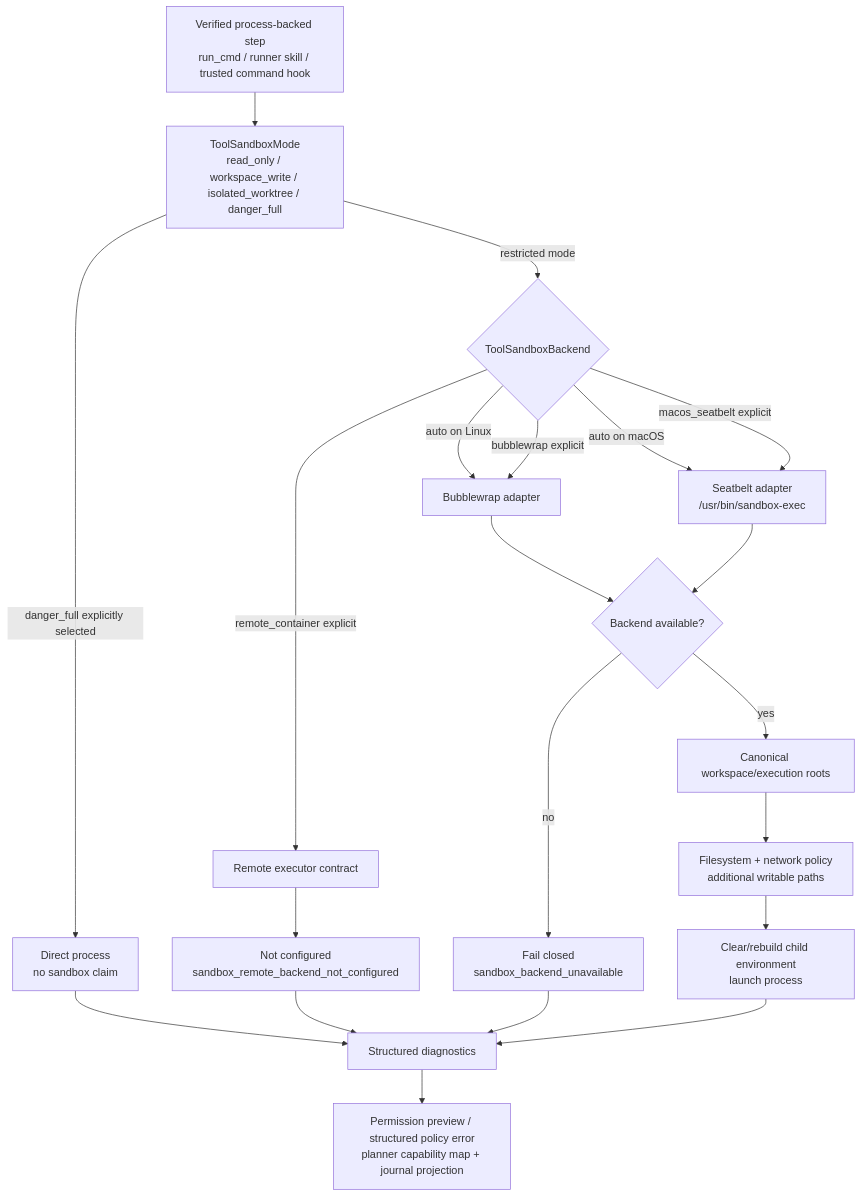
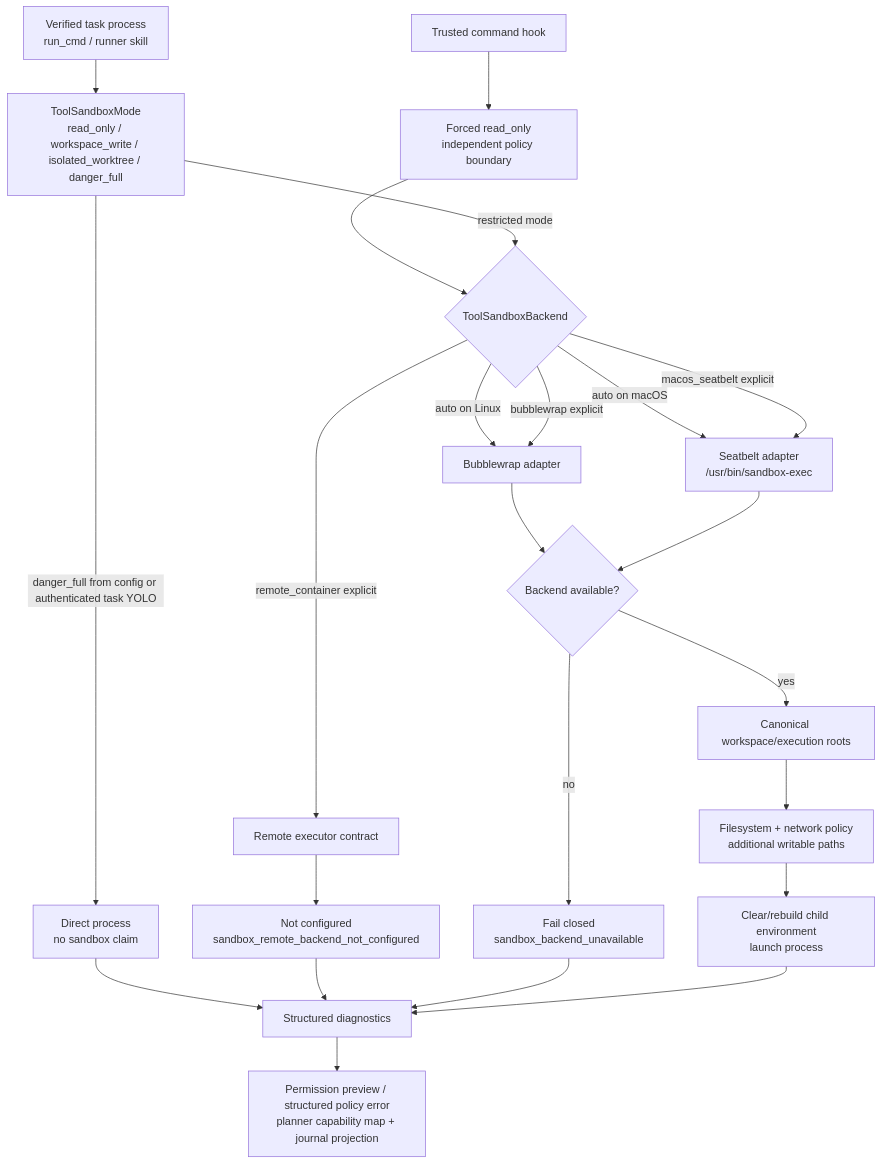
Before and after one commit to MatrixCoreX/RustClaw: the third of 18 diagrams in README.md, drawn with Mermaid. The commit also changed other lines of this file and 35 other files, not shown here.

Commit message:
feat: add authenticated yolo execution policy

````diff
--- a/README.md
+++ b/README.md
@@ -212,23 +214,25 @@
 ```mermaid
 flowchart TD
-    A[Verified process-backed step<br/>run_cmd / runner skill / trusted command hook] --> B[ToolSandboxMode<br/>read_only / workspace_write / isolated_worktree / danger_full]
-    B -->|danger_full explicitly selected| C[Direct process<br/>no sandbox claim]
+    A[Verified task process<br/>run_cmd / runner skill] --> B[ToolSandboxMode<br/>read_only / workspace_write / isolated_worktree / danger_full]
+    AH[Trusted command hook] --> AR[Forced read_only<br/>independent policy boundary]
+    AR --> D
+    B -->|danger_full from config or authenticated task YOLO| C[Direct process<br/>no sandbox claim]
     B -->|restricted mode| D{ToolSandboxBackend}
     D -->|auto on Linux| E[Bubblewrap adapter]
     D -->|auto on macOS| F[Seatbelt adapter<br/>/usr/bin/sandbox-exec]
     D -->|bubblewrap explicit| E
     D -->|macos_seatbelt explicit| F
     D -->|remote_container explicit| G[Remote executor contract]
     E --> H{Backend available?}
     F --> H
     G --> I[Not configured<br/>sandbox_remote_backend_not_configured]
     H -->|no| J[Fail closed<br/>sandbox_backend_unavailable]
     H -->|yes| K[Canonical workspace/execution roots]
     K --> L[Filesystem + network policy<br/>additional writable paths]
     L --> M[Clear/rebuild child environment<br/>launch process]
     C --> N[Structured diagnostics]
     I --> N
     J --> N
     M --> N
     N --> O[Permission preview / structured policy error<br/>planner capability map + journal projection]
 ```
````
